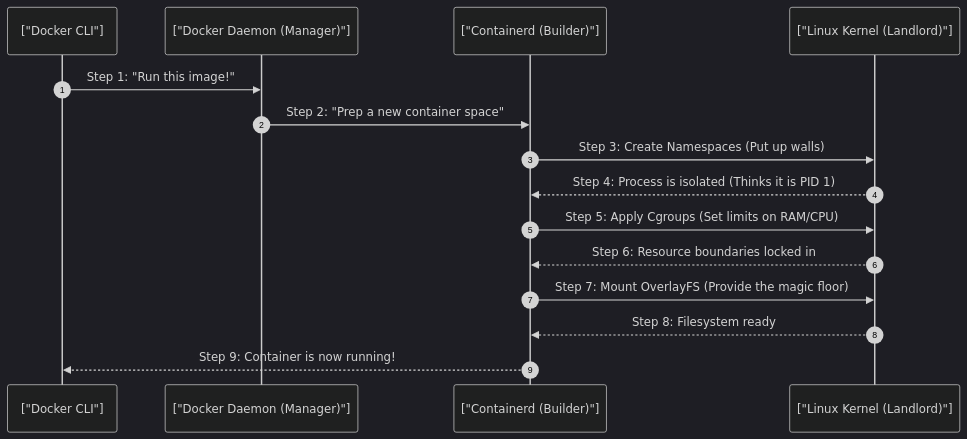
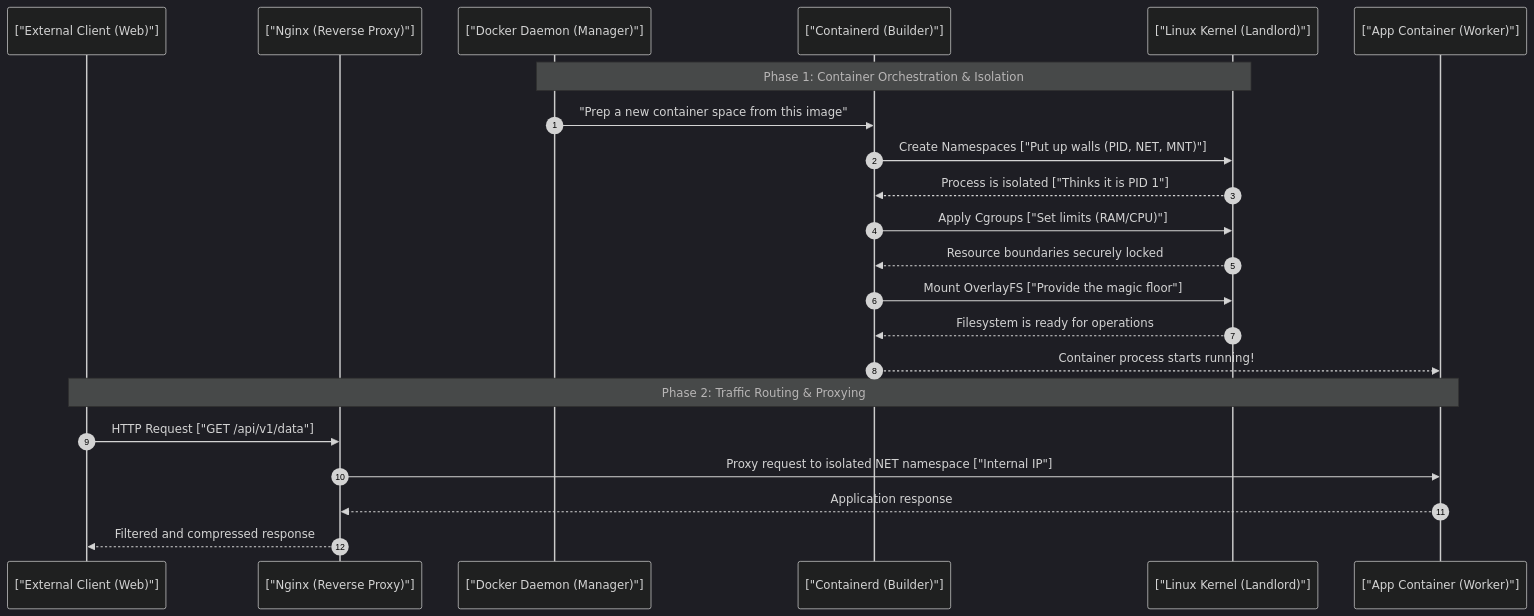
Before and after one commit to fazleyrabby/backend-engineering-mastery: the diagram in cloud-devops/01_docker_kernel_namespaces_nginx.md, drawn with Mermaid (dark theme). The commit also changed other lines of this file and 2 other files, not shown here.

Commit message:
docs: expand Docker/Nginx, Kubernetes, and Domain Interview guides with deeper mechanics & configurations

````diff
--- a/cloud-devops/01_docker_kernel_namespaces_nginx.md
+++ b/cloud-devops/01_docker_kernel_namespaces_nginx.md
@@ -14,18 +14,26 @@
 ```mermaid
 sequenceDiagram
     autonumber
-    participant CLI as ["Docker CLI"]
+    participant Client as ["External Client (Web)"]
+    participant Nginx as ["Nginx (Reverse Proxy)"]
     participant Daemon as ["Docker Daemon (Manager)"]
     participant Containerd as ["Containerd (Builder)"]
     participant Kernel as ["Linux Kernel (Landlord)"]
+    participant App as ["App Container (Worker)"]
 
-    CLI->>Daemon: Step 1: "Run this image!"
-    Daemon->>Containerd: Step 2: "Prep a new container space"
-    Containerd->>Kernel: Step 3: Create Namespaces (Put up walls)
-    Kernel-->>Containerd: Step 4: Process is isolated (Thinks it is PID 1)
-    Containerd->>Kernel: Step 5: Apply Cgroups (Set limits on RAM/CPU)
-    Kernel-->>Containerd: Step 6: Resource boundaries locked in
-    Containerd->>Kernel: Step 7: Mount OverlayFS (Provide the magic floor)
-    Kernel-->>Containerd: Step 8: Filesystem ready
-    Containerd-->>CLI: Step 9: Container is now running!
+    Note over Daemon, Kernel: Phase 1: Container Orchestration & Isolation
+    Daemon->>Containerd: "Prep a new container space from this image"
+    Containerd->>Kernel: Create Namespaces ["Put up walls (PID, NET, MNT)"]
+    Kernel-->>Containerd: Process is isolated ["Thinks it is PID 1"]
+    Containerd->>Kernel: Apply Cgroups ["Set limits (RAM/CPU)"]
+    Kernel-->>Containerd: Resource boundaries securely locked
+    Containerd->>Kernel: Mount OverlayFS ["Provide the magic floor"]
+    Kernel-->>Containerd: Filesystem is ready for operations
+    Containerd-->>App: Container process starts running!
+    
+    Note over Client, App: Phase 2: Traffic Routing & Proxying
+    Client->>Nginx: HTTP Request ["GET /api/v1/data"]
+    Nginx->>App: Proxy request to isolated NET namespace ["Internal IP"]
+    App-->>Nginx: Application response
+    Nginx-->>Client: Filtered and compressed response
 ```
````
